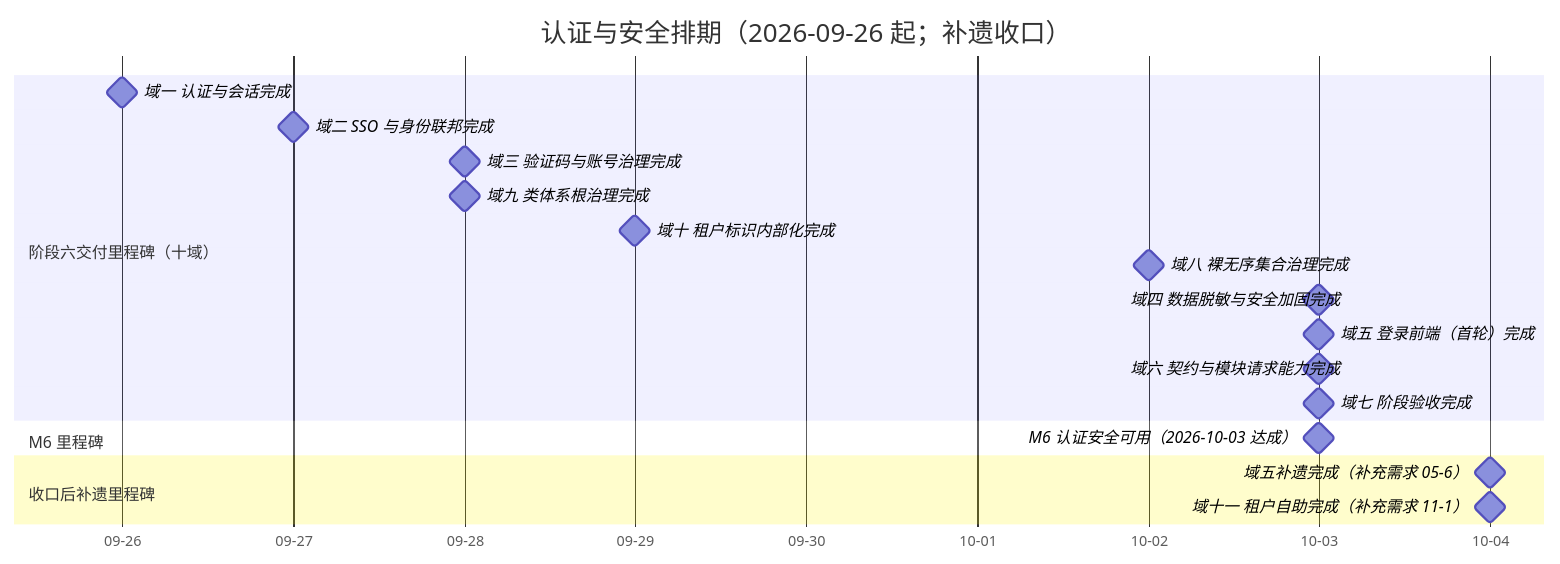
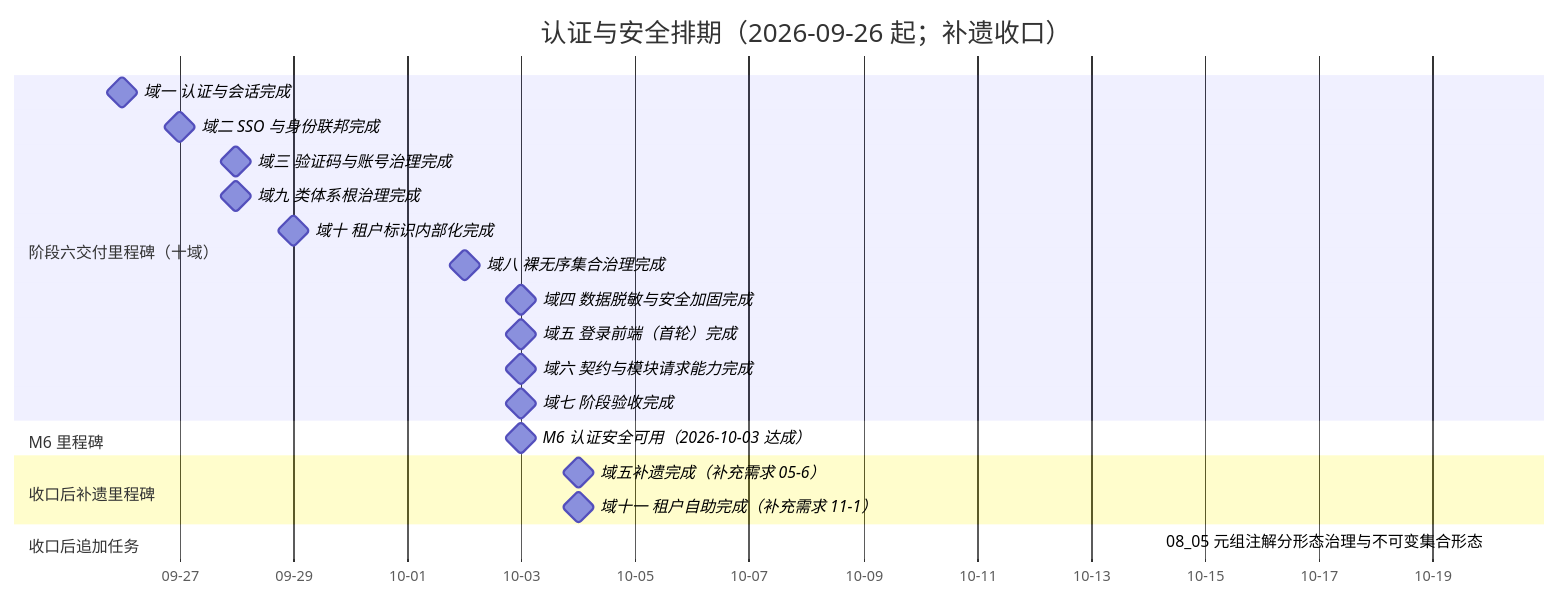
Before and after one commit to minjian123/basic-management-system: the diagram in bms文档/项目/06_认证与安全/计划/01_计划_认证与安全.md, drawn with Mermaid. The commit also changed other lines of this file and 9 other files, not shown here.

````diff
--- a/bms文档/项目/06_认证与安全/计划/01_计划_认证与安全.md
+++ b/bms文档/项目/06_认证与安全/计划/01_计划_认证与安全.md
@@ -84,22 +85,24 @@
 ```mermaid
 gantt
     title 认证与安全排期（2026-09-26 起；补遗收口）
     dateFormat  YYYY-MM-DD
     axisFormat %m-%d
     section 阶段六交付里程碑（十域）
     域一 认证与会话完成 :milestone, m01, 2026-09-26, 0d
     域二 SSO 与身份联邦完成 :milestone, m02, 2026-09-27, 0d
     域三 验证码与账号治理完成 :milestone, m03, 2026-09-28, 0d
     域九 类体系根治理完成 :milestone, m09, 2026-09-28, 0d
     域十 租户标识内部化完成 :milestone, m10, 2026-09-29, 0d
     域八 裸无序集合治理完成 :milestone, m08, 2026-10-02, 0d
     域四 数据脱敏与安全加固完成 :milestone, m04, 2026-10-03, 0d
     域五 登录前端（首轮）完成 :milestone, m05, 2026-10-03, 0d
     域六 契约与模块请求能力完成 :milestone, m06, 2026-10-03, 0d
     域七 阶段验收完成 :milestone, m07, 2026-10-03, 0d
     section M6 里程碑
     M6 认证安全可用（2026-10-03 达成） :milestone, mm6, 2026-10-03, 0d
     section 收口后补遗里程碑
     域五补遗完成（补充需求 05-6） :milestone, m05b, 2026-10-04, 0d
     域十一 租户自助完成（补充需求 11-1） :milestone, m11, 2026-10-04, 0d
+    section 收口后追加任务
+    08_05 元组注解分形态治理与不可变集合形态 :m0805, 2026-10-20, 0d
 ```
````
